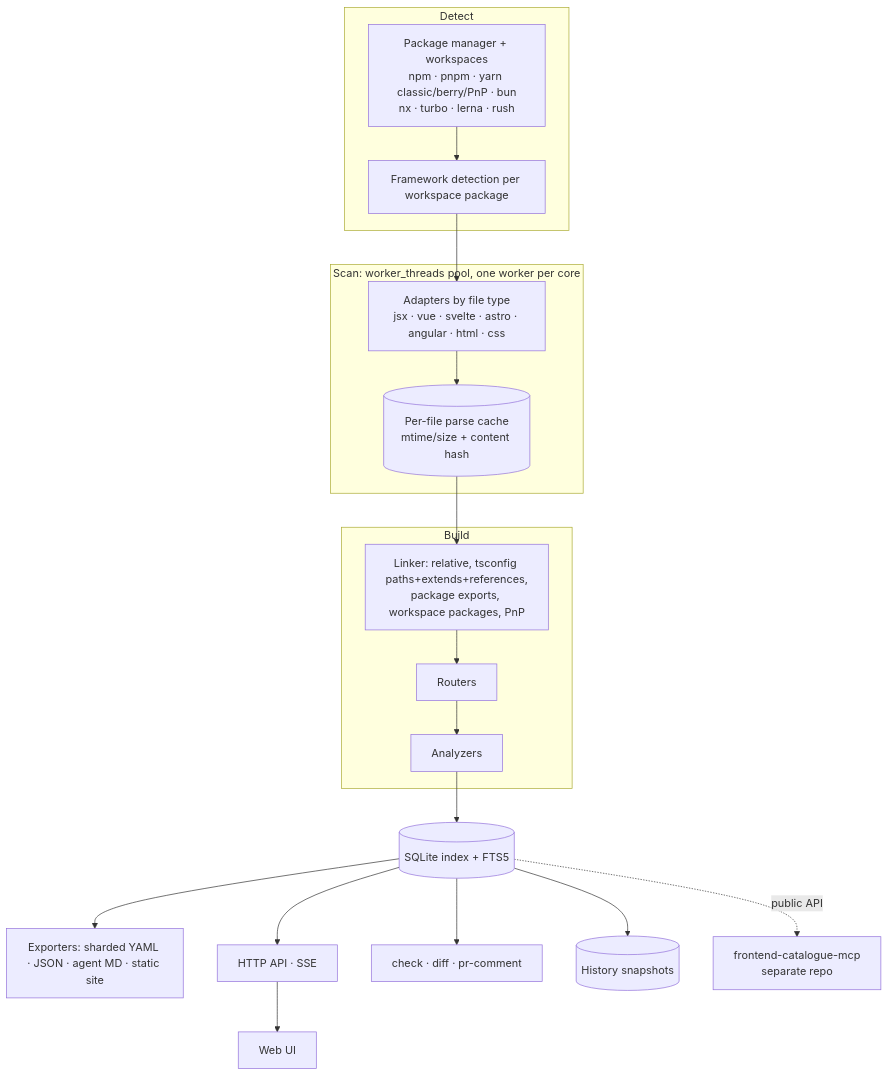
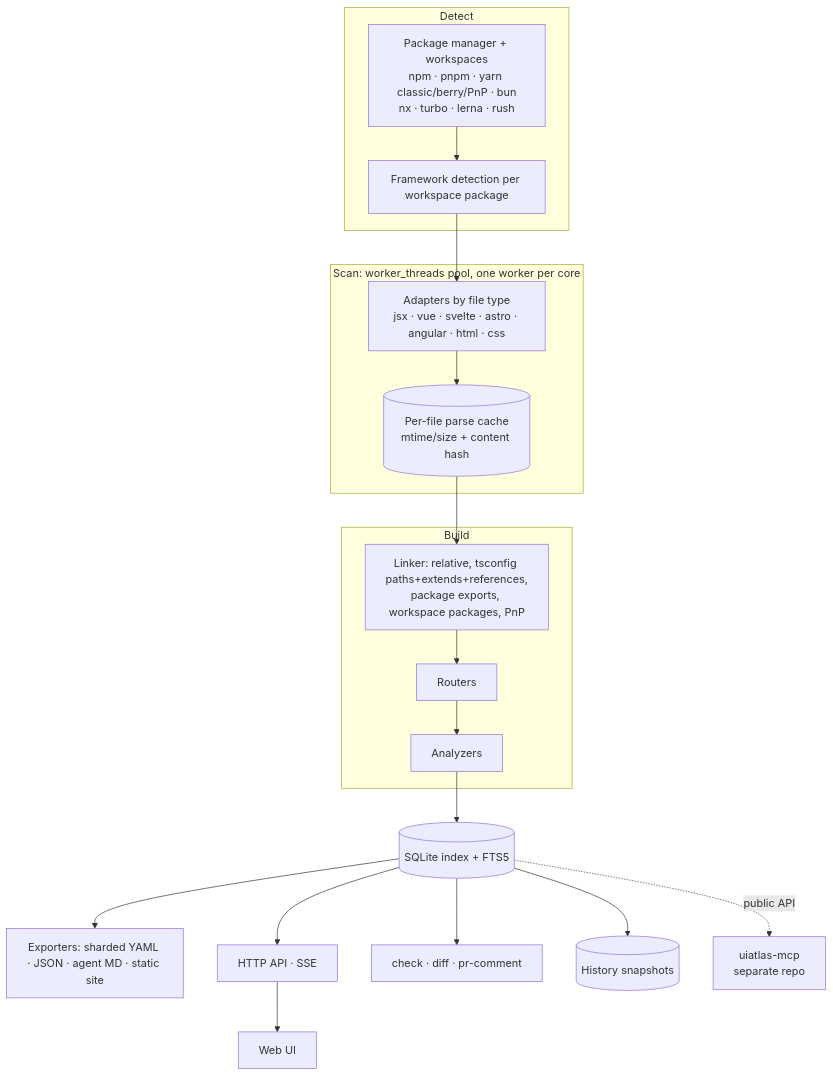
The diagram in docs/TASK.md (Prathmesh2000/frontdex), drawn with Mermaid before and after one commit. The commit also changed other lines of this file, not shown here.

Commit message:
Name the product UI Atlas (uiatlas / uiatlas-mcp)

````diff
--- a/docs/TASK.md
+++ b/docs/TASK.md
@@ -44,22 +45,22 @@
 ```mermaid
 flowchart TB
   subgraph Detect
     PM[Package manager + workspaces<br/>npm · pnpm · yarn classic/berry/PnP · bun<br/>nx · turbo · lerna · rush] --> FW[Framework detection per workspace package]
   end
   subgraph Scan["Scan: worker_threads pool, one worker per core"]
     FW --> AD[Adapters by file type<br/>jsx · vue · svelte · astro · angular · html · css]
     AD --> PC[(Per-file parse cache<br/>mtime/size + content hash)]
   end
   subgraph Build
     PC --> LK[Linker: relative, tsconfig paths+extends+references,<br/>package exports, workspace packages, PnP]
     LK --> RT[Routers]
     RT --> AN[Analyzers]
   end
   AN --> DB[(SQLite index + FTS5)]
   DB --> EX[Exporters: sharded YAML · JSON · agent MD · static site]
   DB --> SV[HTTP API · SSE]
   SV --> UI[Web UI]
   DB --> CI[check · diff · pr-comment]
   DB --> HIS[(History snapshots)]
-  DB -.public API.-> MCP[frontend-catalogue-mcp<br/>separate repo]
+  DB -.public API.-> MCP[uiatlas-mcp<br/>separate repo]
 ```
````
